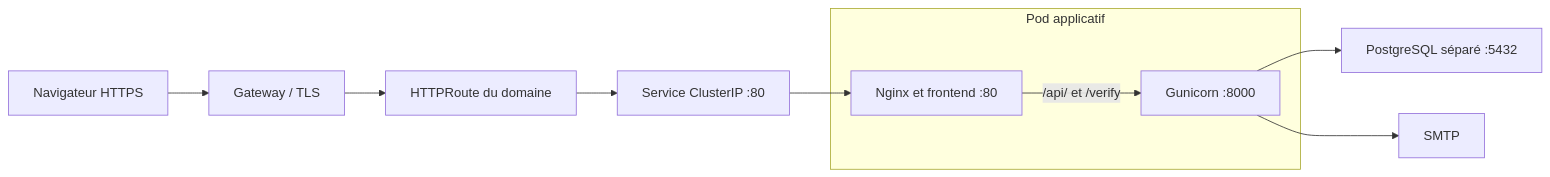
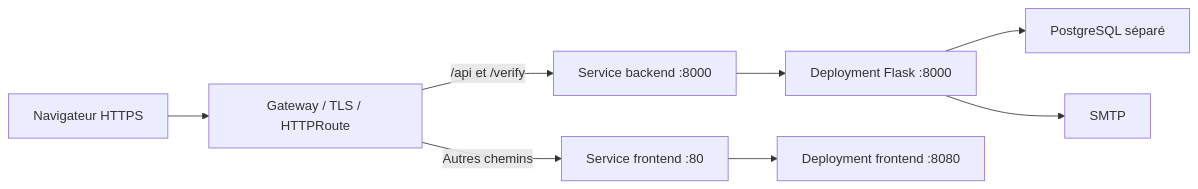
One commit to Commission-Web-FPMs/carte-fede changed the diagram in docs/architecture.md. Above: the diagram before and after it, drawn with Mermaid. The commit also changed other lines of this file and 18 other files, not shown here.

Commit message:
fix: publish frontend and backend for HTTPRoute deployment

````diff
--- a/docs/architecture.md
+++ b/docs/architecture.md
@@ -80,14 +42,10 @@
 ```mermaid
 flowchart LR
-    browser[Navigateur HTTPS] --> gateway[Gateway / TLS]
-    gateway --> route[HTTPRoute du domaine]
-    route --> service[Service ClusterIP :80]
-    subgraph pod[Pod applicatif]
-        web[Nginx et frontend :80]
-        api[Gunicorn :8000]
-        web -->|/api/ et /verify| api
-    end
-    service --> web
-    api --> db[PostgreSQL séparé :5432]
-    api --> smtp[SMTP]
+    browser[Navigateur HTTPS] --> gateway[Gateway / TLS / HTTPRoute]
+    gateway -->|/api et /verify| api[Service backend :8000]
+    gateway -->|Autres chemins| web[Service frontend :80]
+    api --> flask[Deployment Flask :8000]
+    web --> static[Deployment frontend :8080]
+    flask --> db[PostgreSQL séparé]
+    flask --> smtp[SMTP]
 ```
````
